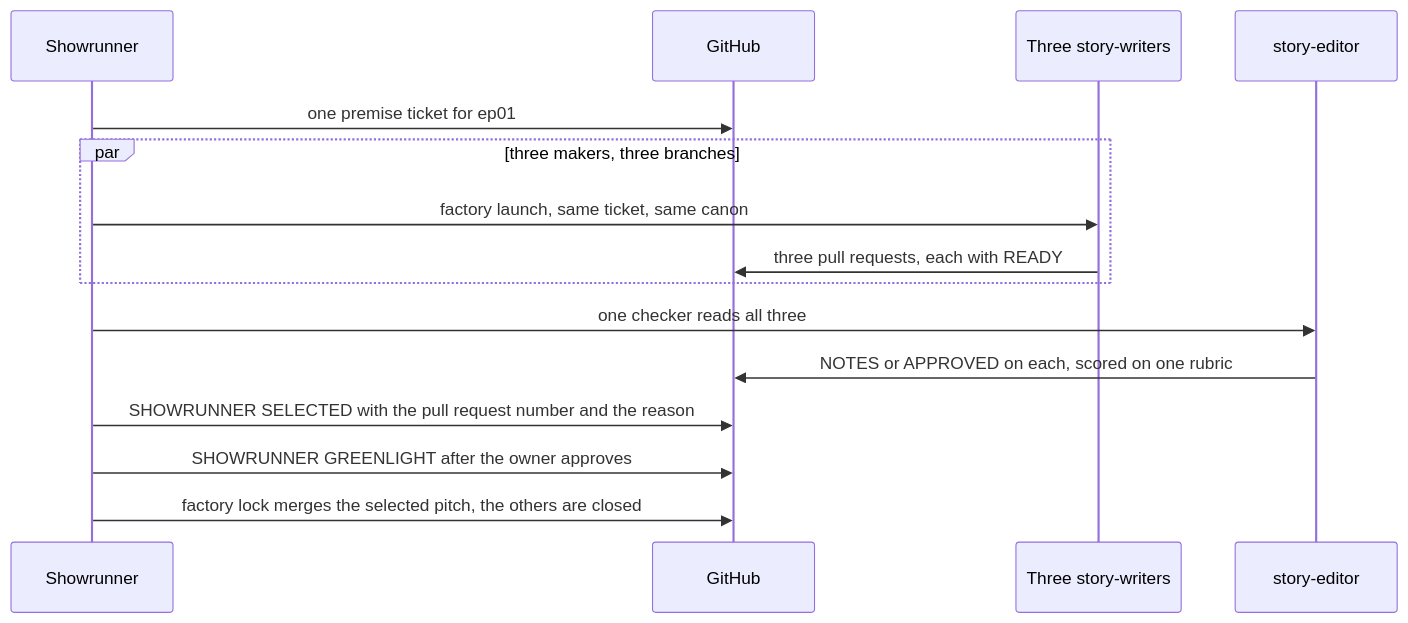
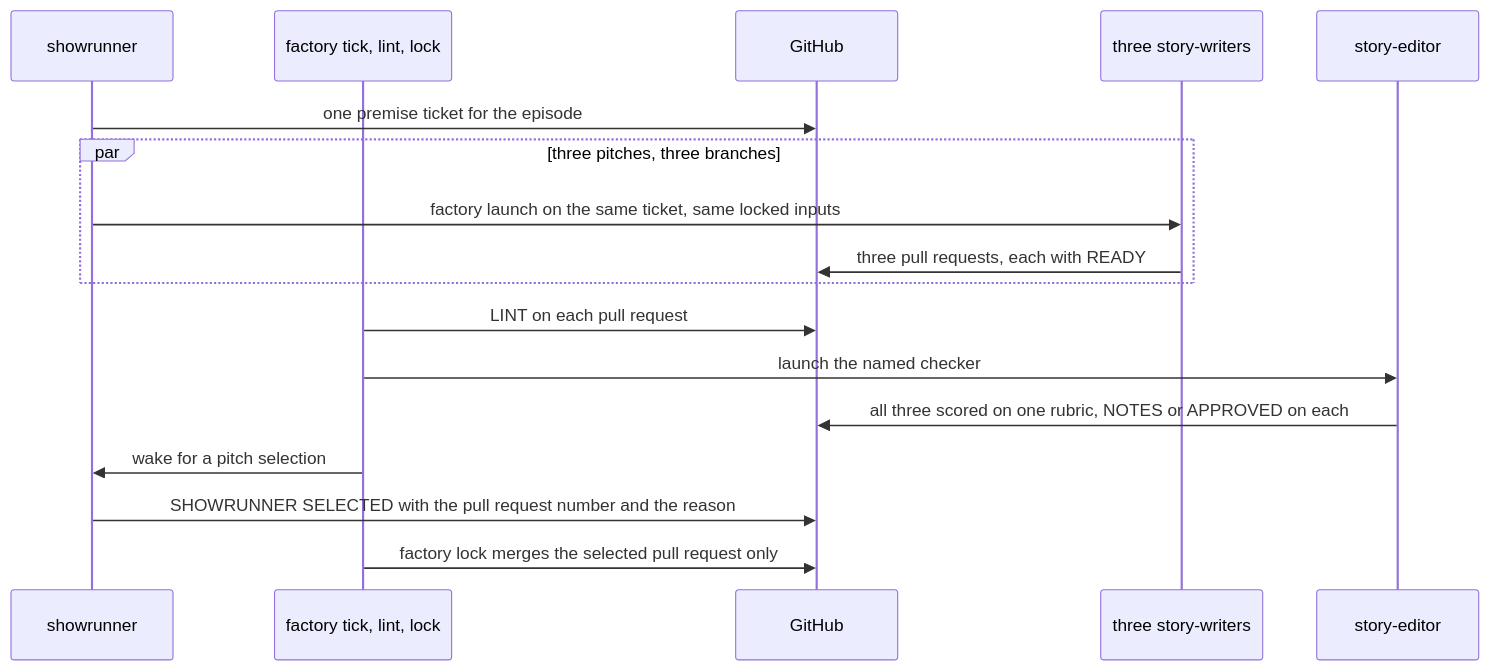
One commit to abel30567/enrico-factory changed diagram 16 of 22 in docs/architecture.md. Above: the diagram before and after it, drawn with Mermaid. The commit also changed other lines of this file and 1 other file, not shown here.

Commit message:
Redraw the architecture to v1 and resolve the ambiguities the diagrams exposed in the brief.

````diff
--- a/docs/architecture.md
+++ b/docs/architecture.md
@@ -296,18 +567,19 @@
 ```mermaid
 sequenceDiagram
-  participant Showrunner
-  participant GitHub
-  participant Writers as Three story-writers
-  participant Editor as story-editor
-
-  Showrunner->>GitHub: one premise ticket for ep01
-  par three makers, three branches
-    Showrunner->>Writers: factory launch, same ticket, same canon
-    Writers->>GitHub: three pull requests, each with READY
+  participant SR as showrunner
+  participant FC as factory tick, lint, lock
+  participant GH as GitHub
+  participant WR as three story-writers
+  participant ED as story-editor
+  SR->>GH: one premise ticket for the episode
+  par three pitches, three branches
+    SR->>WR: factory launch on the same ticket, same locked inputs
+    WR->>GH: three pull requests, each with READY
   end
-  Showrunner->>Editor: one checker reads all three
-  Editor->>GitHub: NOTES or APPROVED on each, scored on one rubric
-  Showrunner->>GitHub: SHOWRUNNER SELECTED with the pull request number and the reason
-  Showrunner->>GitHub: SHOWRUNNER GREENLIGHT after the owner approves
-  Showrunner->>GitHub: factory lock merges the selected pitch, the others are closed
+  FC->>GH: LINT on each pull request
+  FC->>ED: launch the named checker
+  ED->>GH: all three scored on one rubric, NOTES or APPROVED on each
+  FC->>SR: wake for a pitch selection
+  SR->>GH: SHOWRUNNER SELECTED with the pull request number and the reason
+  FC->>GH: factory lock merges the selected pull request only
 ```
````
